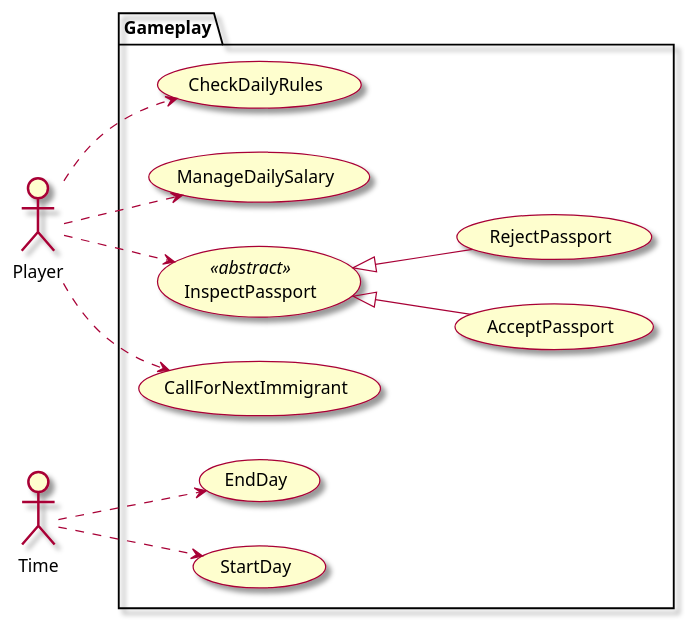
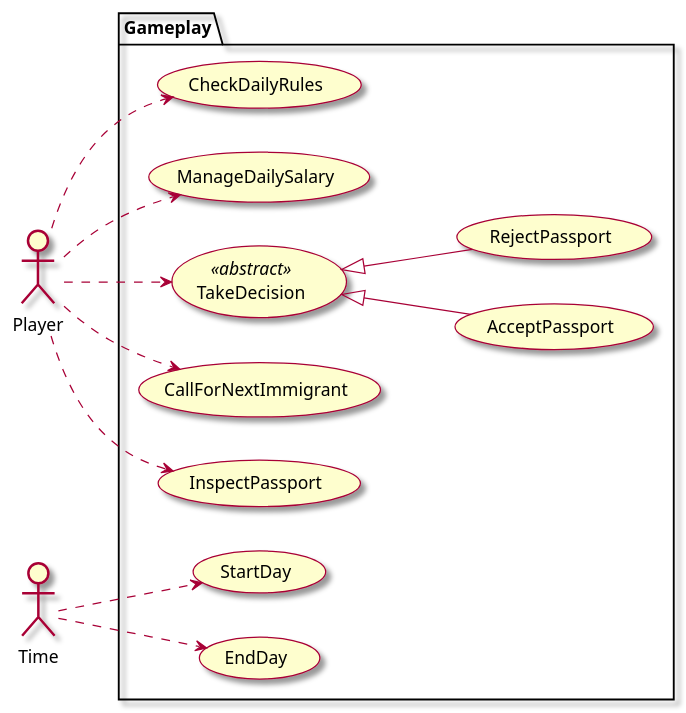
Before and after one commit to ivarovin/PapersPlease_LearningProject: the diagram in Assets/PapersPlease/Documentation~/UseCases.puml, drawn with PlantUML.

Commit message:
docs: introduce take decision use case

```diff
--- a/Assets/PapersPlease/Documentation~/UseCases.puml
+++ b/Assets/PapersPlease/Documentation~/UseCases.puml
@@ -1,33 +1,35 @@
 @startuml
 skin rose
 left to right direction
 
 actor Player
 actor Time
 
 package Gameplay{
     usecase CallForNextImmigrant
     usecase AcceptPassport
     usecase RejectPassport
-    usecase InspectPassport <<abstract>> 
+    usecase InspectPassport
+    usecase TakeDecision  <<abstract>> 
     usecase EndDay
     usecase StartDay
     usecase CheckDailyRules
     usecase ManageDailySalary
 
 '    gestionar recursos
 
-    AcceptPassport -u-|> InspectPassport
-    RejectPassport -u-|> InspectPassport
+    AcceptPassport -u-|> TakeDecision
+    RejectPassport -u-|> TakeDecision
 }
 
 Player ..> CallForNextImmigrant
 Player ..> InspectPassport
+Player ..> TakeDecision
 Player ..> ManageDailySalary
 Player ..> CheckDailyRules
 
 Time ..> EndDay
 Time ..> StartDay
 
 
 @enduml
```
